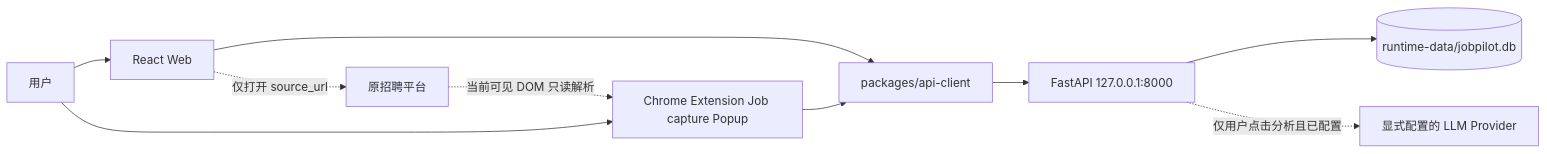
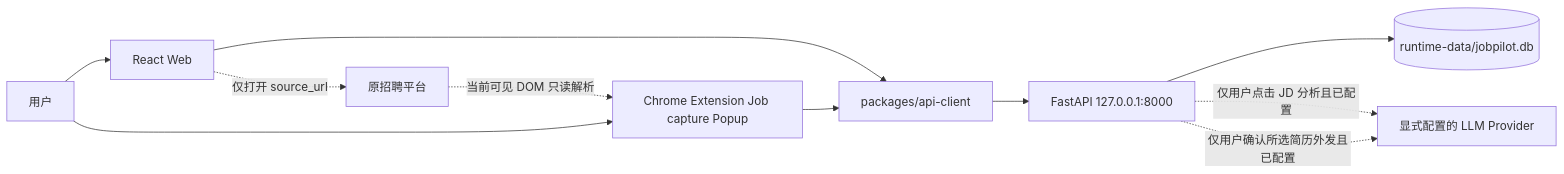
The diagram in docs/ARCHITECTURE.md (xiaoxin12138888-svg/JobPilot), drawn with Mermaid before and after one commit. The commit also changed other lines of this file and 8 other files, not shown here.

````diff
--- a/docs/ARCHITECTURE.md
+++ b/docs/ARCHITECTURE.md
@@ -8,21 +9,22 @@
 ```mermaid
 flowchart LR
     U[用户]
     W[React Web]
     E[Chrome Extension Job capture Popup]
     C[packages/api-client]
     A[FastAPI 127.0.0.1:8000]
     S[(runtime-data/jobpilot.db)]
     R[原招聘平台]
     P[显式配置的 LLM Provider]
 
     U --> W
     U --> E
     W --> C
     E --> C
     C --> A
     A --> S
-    A -. 仅用户点击分析且已配置 .-> P
+    A -. 仅用户点击 JD 分析且已配置 .-> P
+    A -. 仅用户确认所选简历外发且已配置 .-> P
     R -. 当前可见 DOM 只读解析 .-> E
     W -. 仅打开 source_url .-> R
 ```
````
